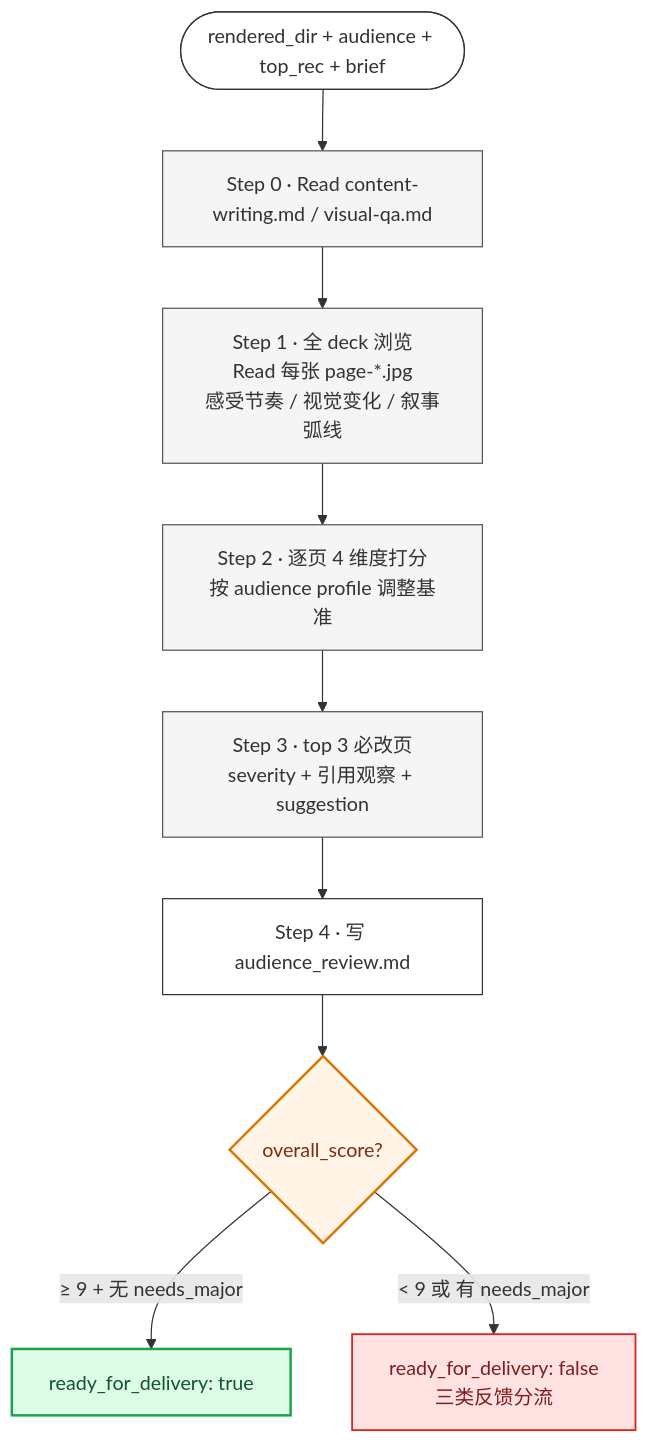
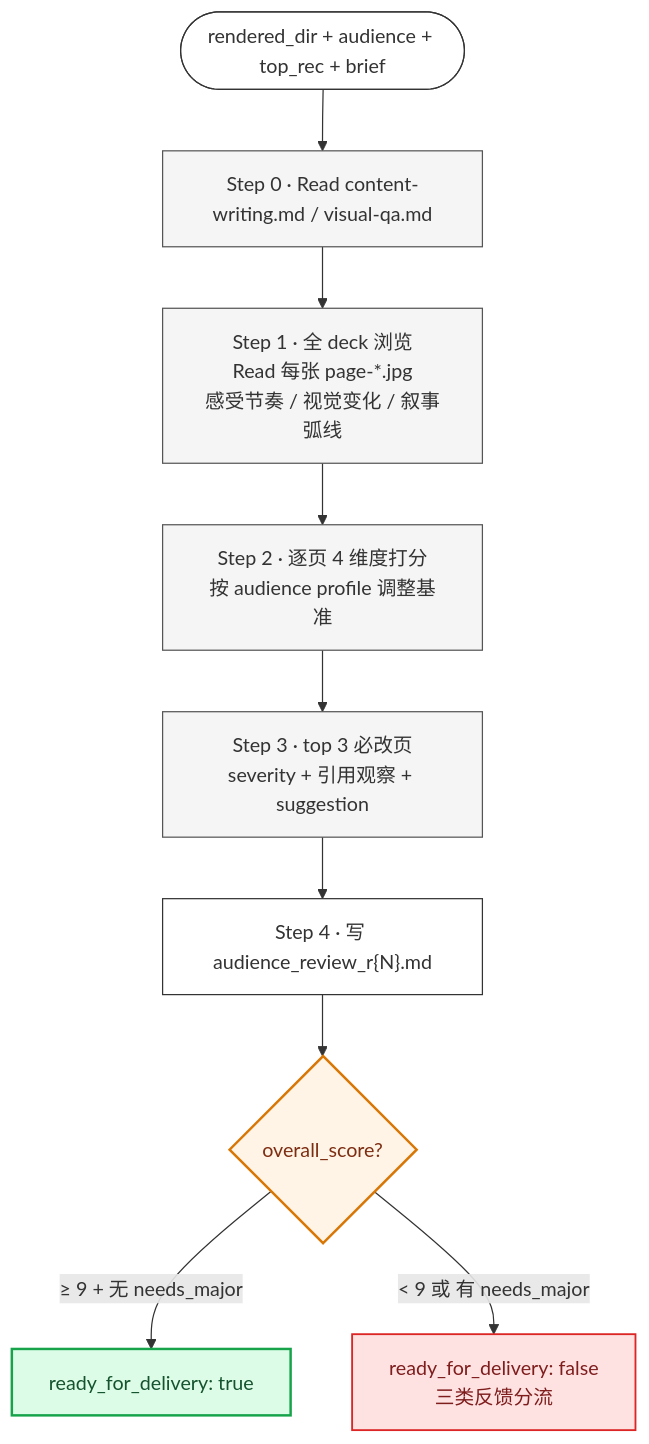
Before and after one commit to pcliangx/iLovePPT: the seventh of 12 diagrams in docs/agent-internals.zh.md, drawn with Mermaid. The commit also changed other lines of this file and 7 other files, not shown here.

````diff
--- a/docs/agent-internals.zh.md
+++ b/docs/agent-internals.zh.md
@@ -396,24 +396,24 @@
 ```mermaid
 flowchart TB
     I([rendered_dir + audience + top_rec + brief]) --> S0
     S0["Step 0 · Read content-writing.md / visual-qa.md"] --> S1
     S1["Step 1 · 全 deck 浏览<br/>Read 每张 page-*.jpg<br/>感受节奏 / 视觉变化 / 叙事弧线"] --> S2
     S2["Step 2 · 逐页 4 维度打分<br/>按 audience profile 调整基准"] --> S3
     S3["Step 3 · top 3 必改页<br/>severity + 引用观察 + suggestion"] --> S4
-    S4["Step 4 · 写 audience_review.md"] --> S5
+    S4["Step 4 · 写 audience_review_r{N}.md"] --> S5
     S5{overall_score?}
     S5 -->|≥ 9 + 无 needs_major| RD["ready_for_delivery: true"]
     S5 -->|< 9 或 有 needs_major| NR["ready_for_delivery: false<br/>三类反馈分流"]
 
     classDef io fill:#FFF,stroke:#333
     classDef step fill:#F5F5F5,stroke:#555
     classDef gate fill:#FFF4E6,stroke:#D97706,stroke-width:2px,color:#7C2D12
     classDef pass fill:#DCFCE7,stroke:#16A34A,stroke-width:2px,color:#14532D
     classDef fail fill:#FEE2E2,stroke:#DC2626,stroke-width:1.5px,color:#7F1D1D
 
     class I,S4 io
     class S0,S1,S2,S3 step
     class S5 gate
     class RD pass
     class NR fail
 ```
````
